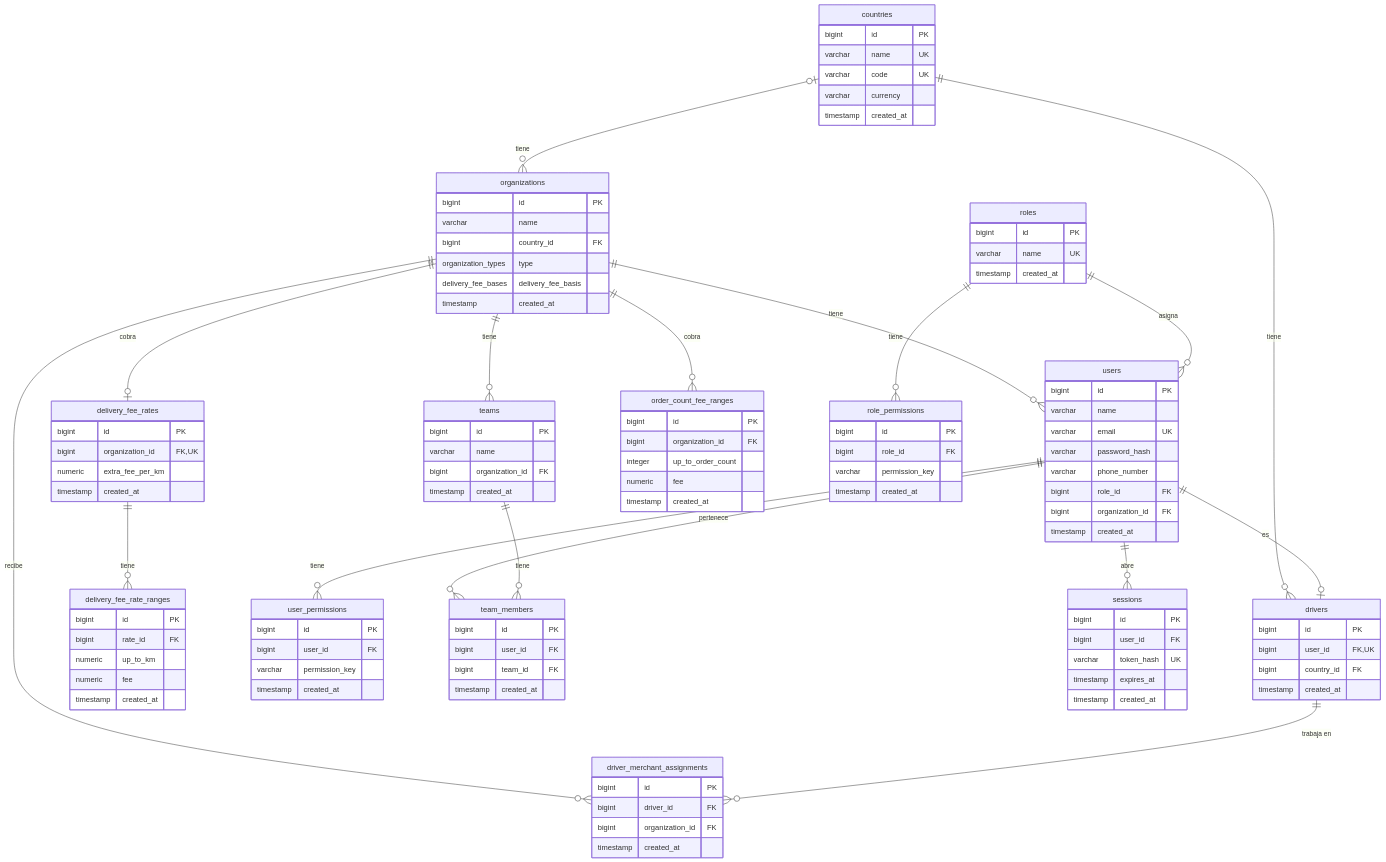
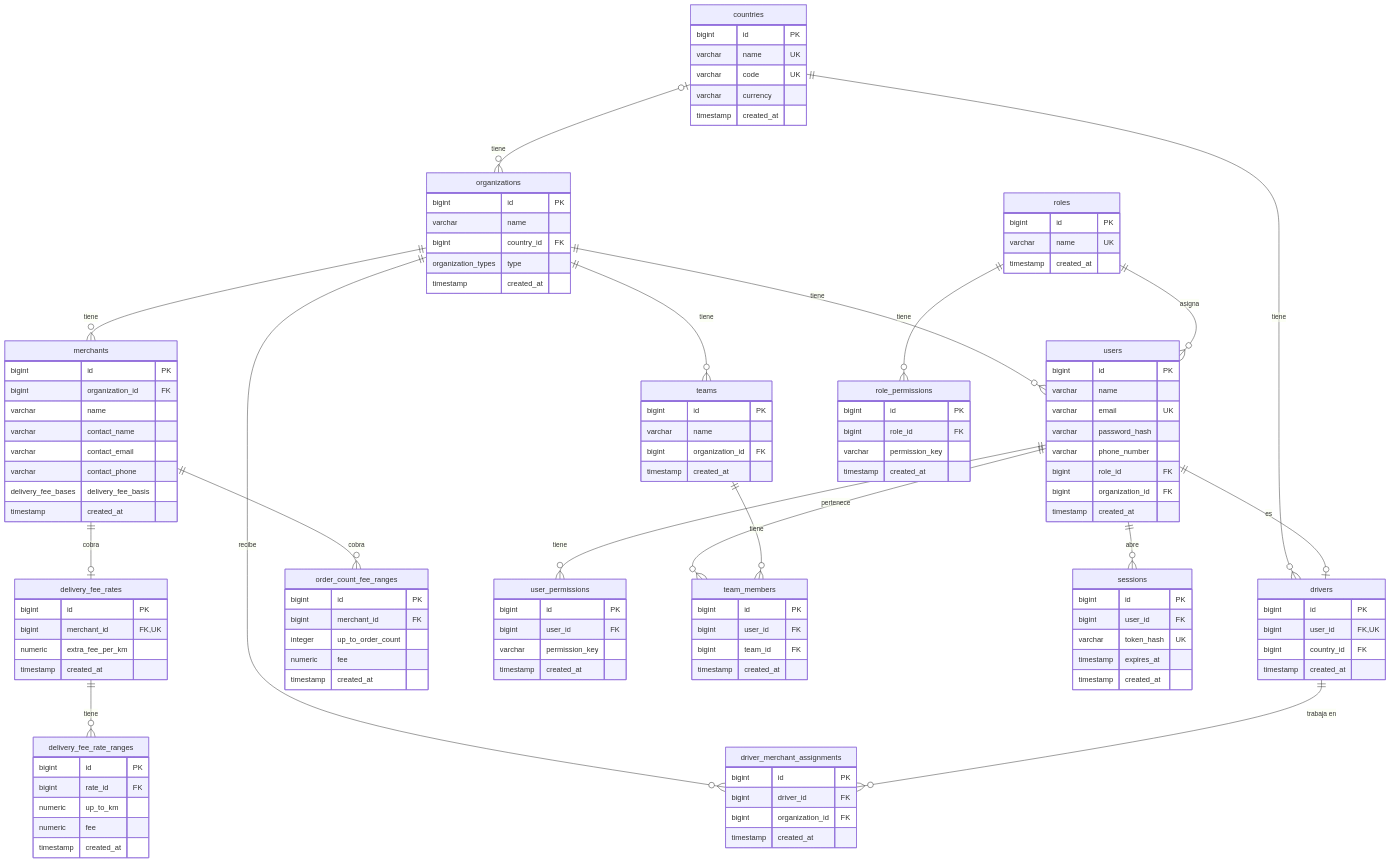
Before and after one commit to germandbl/vola: the diagram in docs/modelo-datos.md, drawn with Mermaid. The commit also changed other lines of this file and 54 other files, not shown here.

First line of the commit message:
Add merchants to organizations

```diff
--- a/docs/modelo-datos.md
+++ b/docs/modelo-datos.md
@@ -9,8 +9,9 @@
   organizations ||--o{ users : "tiene"
   organizations ||--o{ teams : "tiene"
   organizations ||--o{ driver_merchant_assignments : "recibe"
-  organizations ||--o| delivery_fee_rates : "cobra"
-  organizations ||--o{ order_count_fee_ranges : "cobra"
+  organizations ||--o{ merchants : "tiene"
+  merchants ||--o| delivery_fee_rates : "cobra"
+  merchants ||--o{ order_count_fee_ranges : "cobra"
   delivery_fee_rates ||--o{ delivery_fee_rate_ranges : "tiene"
   roles ||--o{ users : "asigna"
   roles ||--o{ role_permissions : "tiene"
@@ -33,7 +34,6 @@
     varchar name
     bigint country_id FK
     organization_types type
-    delivery_fee_bases delivery_fee_basis
     timestamp created_at
   }
   roles {
@@ -87,9 +87,19 @@
     bigint team_id FK
     timestamp created_at
   }
+  merchants {
+    bigint id PK
+    bigint organization_id FK
+    varchar name
+    varchar contact_name
+    varchar contact_email
+    varchar contact_phone
+    delivery_fee_bases delivery_fee_basis
+    timestamp created_at
+  }
   delivery_fee_rates {
     bigint id PK
-    bigint organization_id FK, UK
+    bigint merchant_id FK, UK
     numeric extra_fee_per_km
     timestamp created_at
   }
@@ -102,7 +112,7 @@
   }
   order_count_fee_ranges {
     bigint id PK
-    bigint organization_id FK
+    bigint merchant_id FK
     integer up_to_order_count
     numeric fee
     timestamp created_at
```
